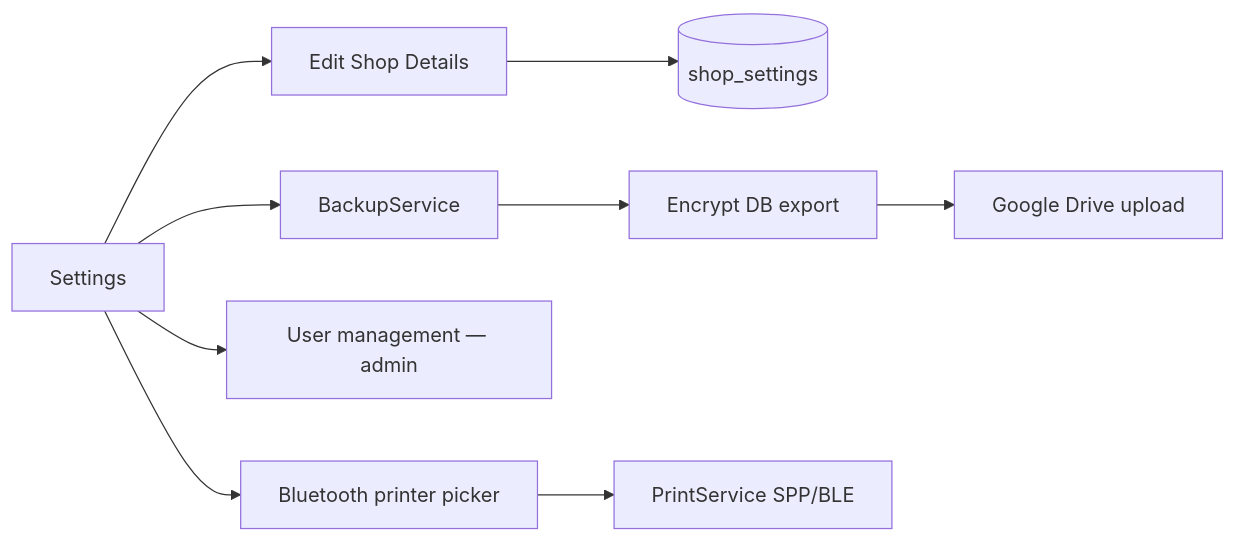
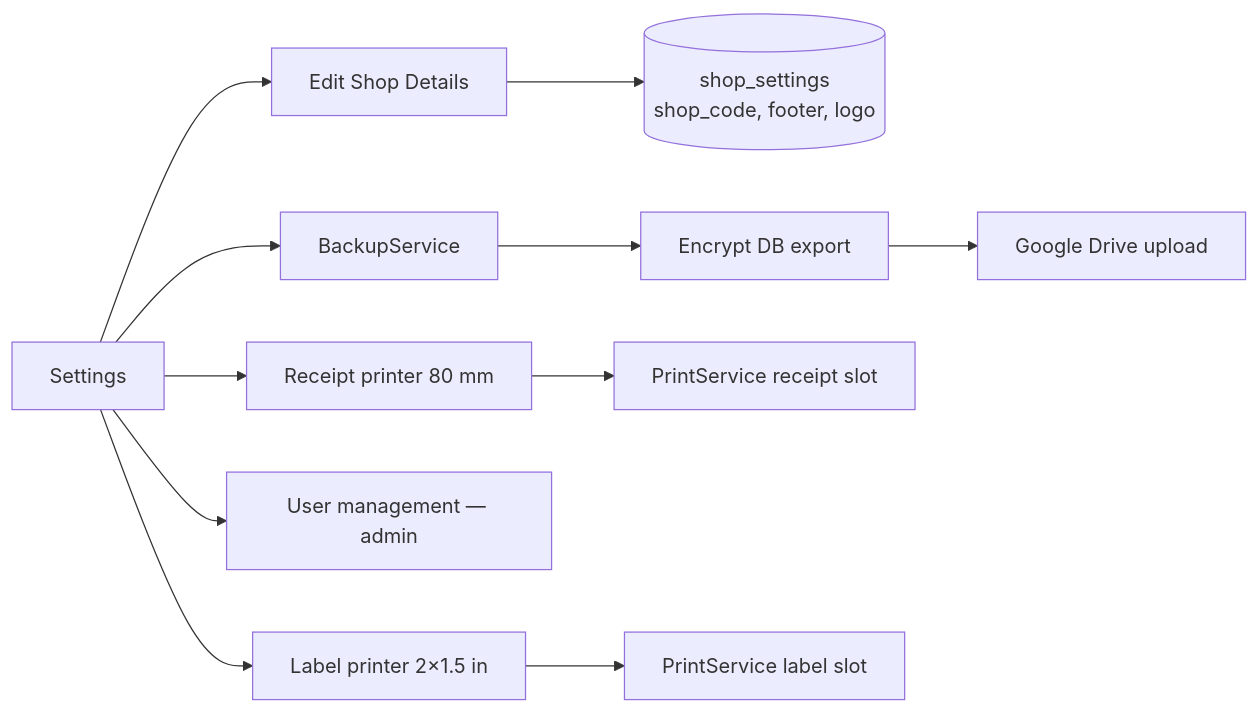
One commit to raghavendra-k021/bill-service changed the tenth of 10 diagrams in ARCHITECTURE.md. Above: the diagram before and after it, drawn with Mermaid. The commit also changed other lines of this file and 27 other files, not shown here.

````diff
--- a/ARCHITECTURE.md
+++ b/ARCHITECTURE.md
@@ -261,11 +452,13 @@
 ```mermaid
 flowchart LR
     Set[Settings] --> Shop[Edit Shop Details]
-    Set --> Prt[Bluetooth printer picker]
+    Set --> RP[Receipt printer 80 mm]
+    Set --> LP[Label printer 2×1.5 in]
     Set --> Usr[User management — admin]
     Set --> BK[BackupService]
-    Shop --> SS[(shop_settings)]
+    Shop --> SS[(shop_settings<br/>shop_code, footer, logo)]
     BK --> Enc[Encrypt DB export]
     Enc --> GD[Google Drive upload]
-    Prt --> PS2[PrintService SPP/BLE]
+    RP --> PS_R[PrintService receipt slot]
+    LP --> PS_L[PrintService label slot]
 ```
````
